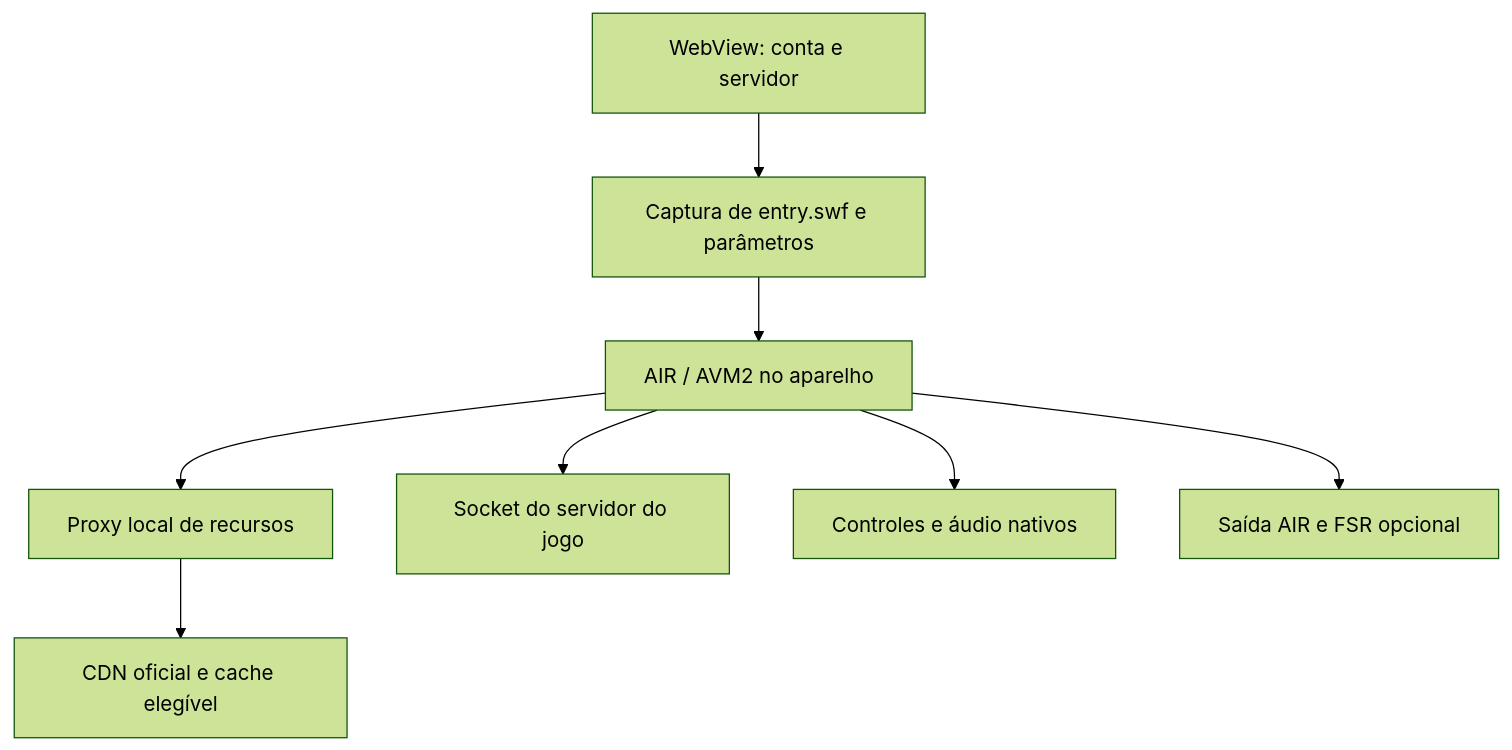
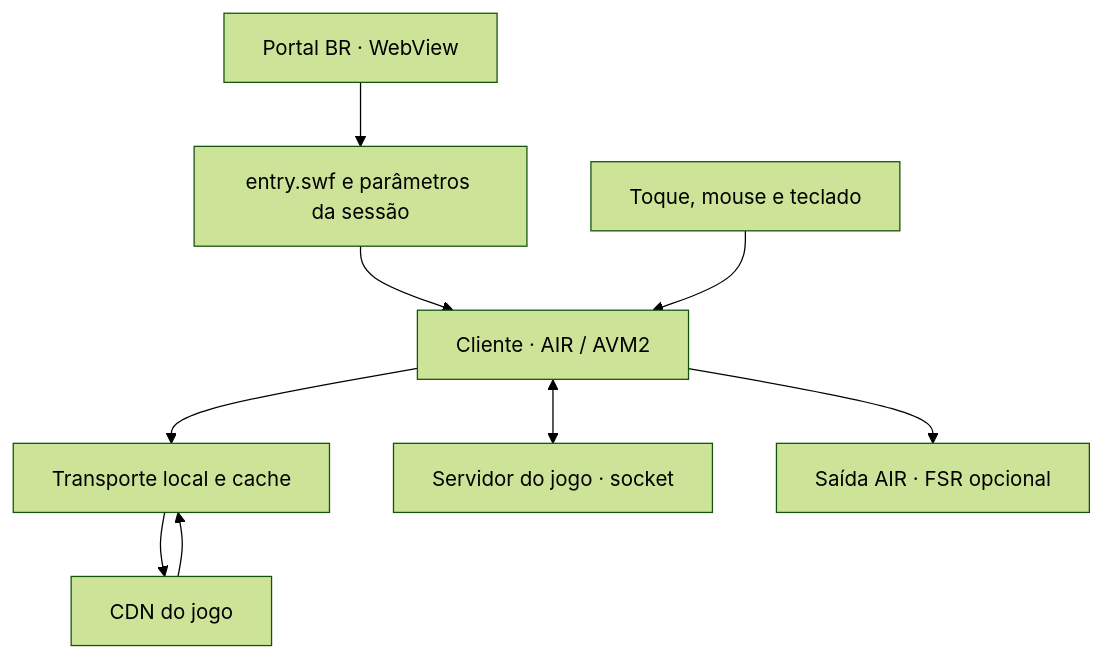
One commit to W2CAPITAL/Naruto-online-mobile- changed the diagram in README.md. Above: the diagram before and after it, drawn with Mermaid (forest theme). The commit also changed other lines of this file and 3 other files, not shown here.

````diff
--- a/README.md
+++ b/README.md
@@ -159,10 +275,11 @@
 ```mermaid
 flowchart TD
-    A["WebView: conta e servidor"] --> B["Captura de entry.swf e parâmetros"]
-    B --> C["AIR / AVM2 no aparelho"]
-    C --> D["Proxy local de recursos"]
-    D --> E["CDN oficial e cache elegível"]
-    C --> F["Socket do servidor do jogo"]
-    C --> G["Controles e áudio nativos"]
-    C --> H["Saída AIR e FSR opcional"]
+    Portal["Portal BR · WebView"] --> Entrada["entry.swf e parâmetros da sessão"]
+    Entrada --> Cliente["Cliente · AIR / AVM2"]
+    Cliente --> Recursos["Transporte local e cache"]
+    Recursos --> CDN["CDN do jogo"]
+    CDN --> Recursos
+    Cliente <--> Servidor["Servidor do jogo · socket"]
+    Controles["Toque, mouse e teclado"] --> Cliente
+    Cliente --> Imagem["Saída AIR · FSR opcional"]
 ```
````
